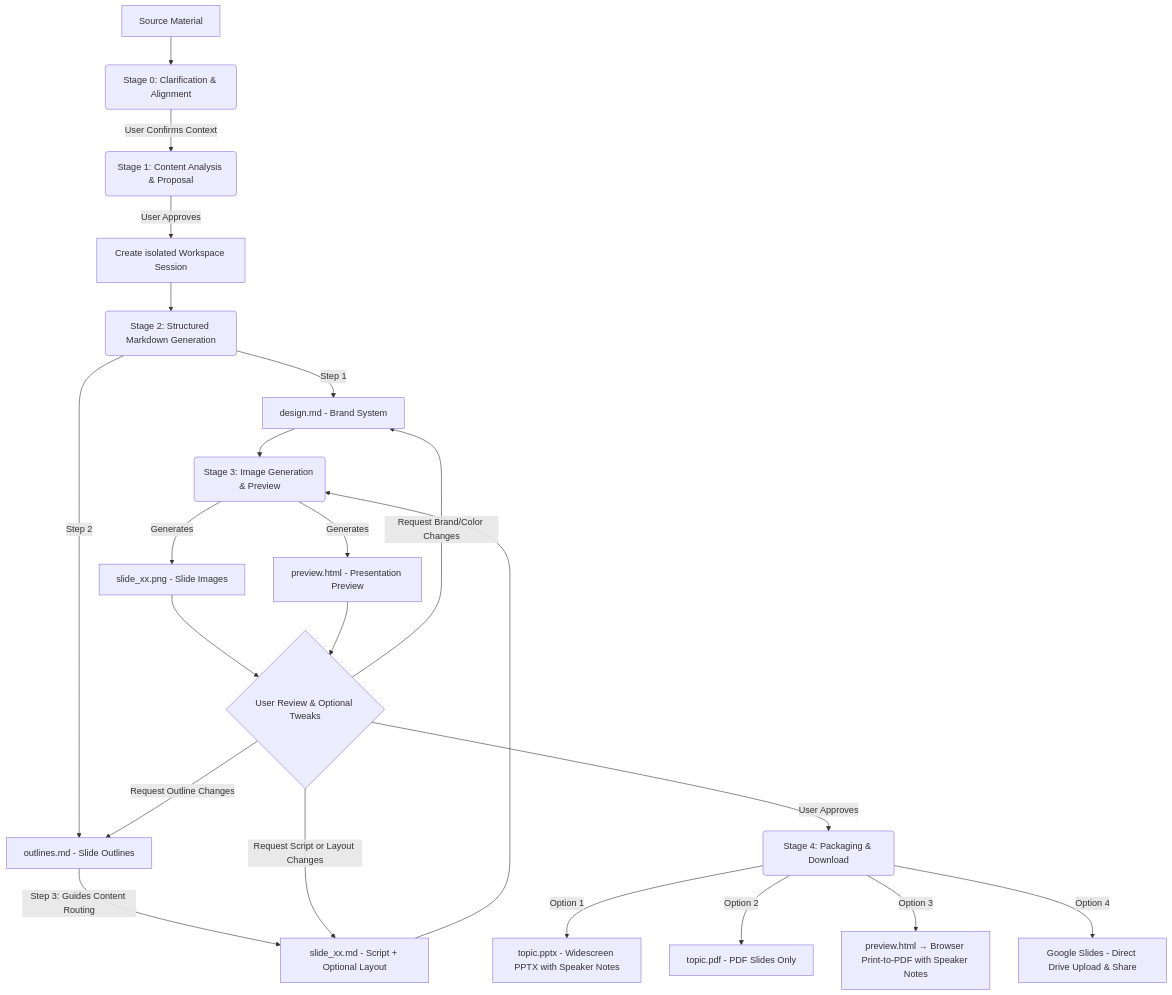
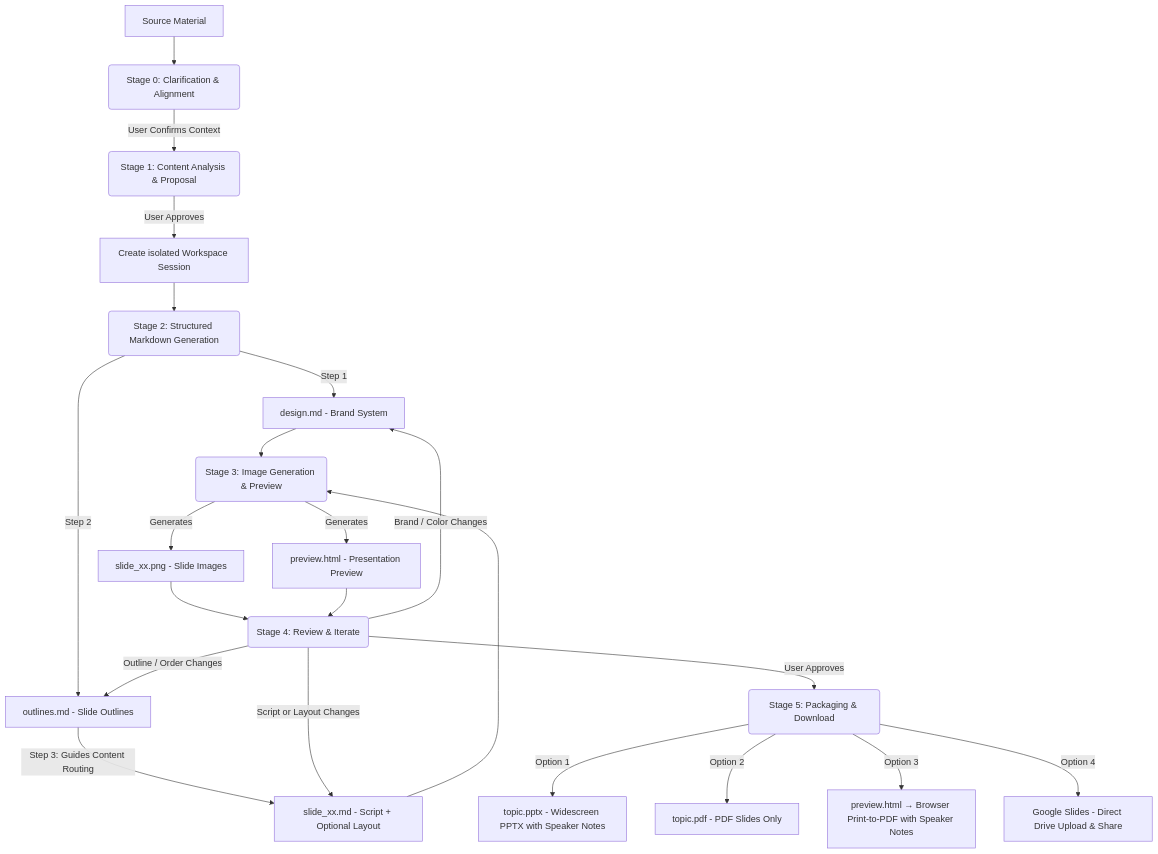
The diagram in README.md (sylphlin/slide-gen-agent), drawn with Mermaid before and after one commit. The commit also changed other lines of this file and 2 other files, not shown here.

Commit message:
Split Stage 3 into Image Generation (3) and Review & Iterate (4); renumber to 6 stages
Stage 3: Image Generation & Preview — generates images, builds preview, hands off
Stage 4: Review & Iterate — dedicated pause/loop for user feedback and surgical edits
Stage 5: Packaging & Download — was Stage 4

Updates agent.py, SKILL.md, README (pipeline description, mermaid diagram, stage list).

https://claude.ai/code/session_018jzK7Gc4L4hYap5FJaVNhA

````diff
--- a/README.md
+++ b/README.md
@@ -21,27 +21,27 @@
 ```mermaid
 graph TD
     A[Source Material] --> A0(Stage 0: Clarification & Alignment)
     A0 -->|User Confirms Context| B(Stage 1: Content Analysis & Proposal)
     B -->|User Approves| C[Create isolated Workspace Session]
     C --> D(Stage 2: Structured Markdown Generation)
-    
+
     D -->|Step 1| E1[design.md - Brand System]
     D -->|Step 2| E2[outlines.md - Slide Outlines]
     E2 -->|Step 3: Guides Content Routing| E3[slide_xx.md - Script + Optional Layout]
-    
+
     E1 & E3 --> F(Stage 3: Image Generation & Preview)
     F -->|Generates| G1[slide_xx.png - Slide Images]
     F -->|Generates| G2[preview.html - Presentation Preview]
-    
-    G1 & G2 --> H{User Review & Optional Tweaks}
-    
-    H -->|Request Script or Layout Changes| E3
-    H -->|Request Outline Changes| E2
-    H -->|Request Brand/Color Changes| E1
-    
-    H -->|User Approves| I(Stage 4: Packaging & Download)
+
+    G1 & G2 --> H(Stage 4: Review & Iterate)
+
+    H -->|Script or Layout Changes| E3
+    H -->|Outline / Order Changes| E2
+    H -->|Brand / Color Changes| E1
+
+    H -->|User Approves| I(Stage 5: Packaging & Download)
     I -->|Option 1| J[topic.pptx - Widescreen PPTX with Speaker Notes]
     I -->|Option 2| K[topic.pdf - PDF Slides Only]
     I -->|Option 3| L[preview.html → Browser Print-to-PDF with Speaker Notes]
     I -->|Option 4| M[Google Slides - Direct Drive Upload & Share]
 ```
````
